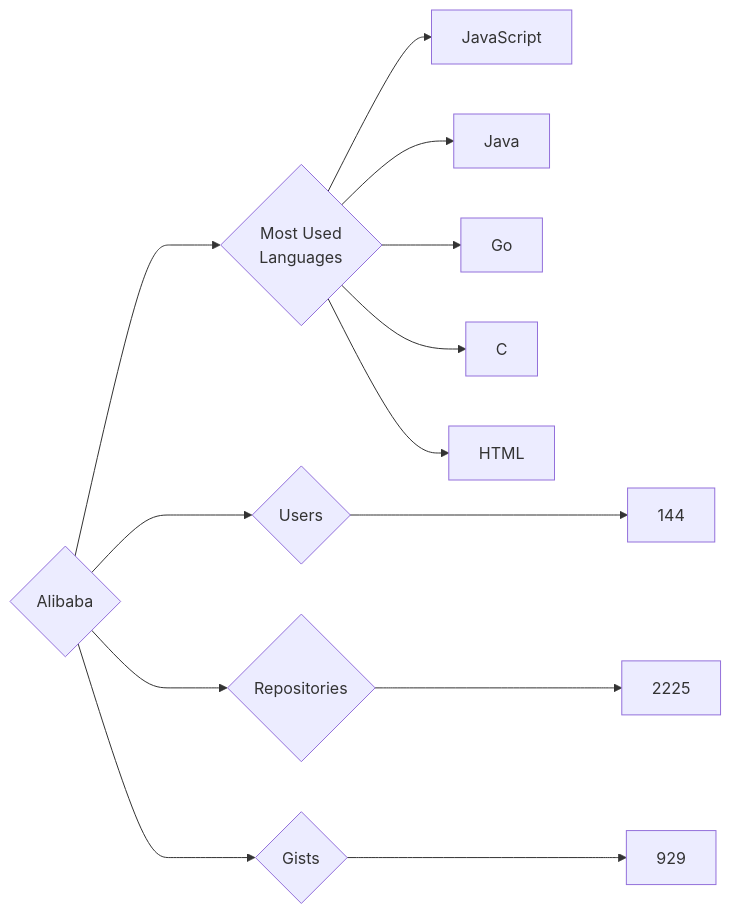
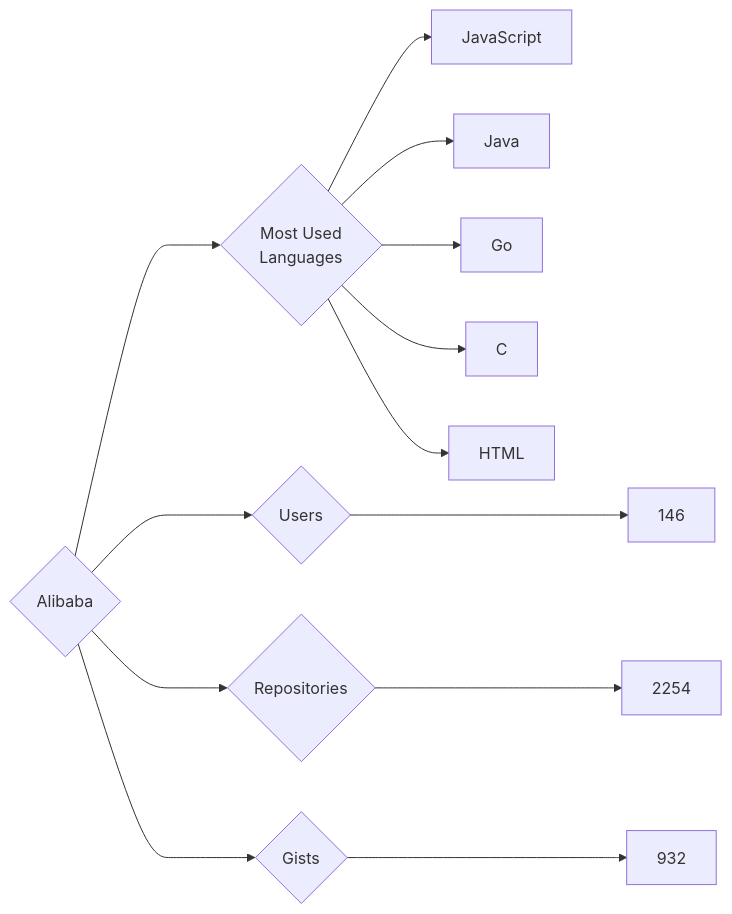
The diagram in targets/Alibaba/README.md (trickest/insiders), drawn with Mermaid before and after one commit. The commit also changed 736 other files, not shown here.

````diff
--- a/targets/Alibaba/README.md
+++ b/targets/Alibaba/README.md
@@ -3,13 +3,13 @@
 ```mermaid
 graph LR
 COMPANY_NAME{Alibaba}
-COMPANY_NAME ---> U{Users} ---> UN[144]
-COMPANY_NAME ---> R{Repositories} ---> RN[2225]
-COMPANY_NAME ---> G{Gists} ---> GN[929]
+COMPANY_NAME ---> U{Users} ---> UN[146]
+COMPANY_NAME ---> R{Repositories} ---> RN[2254]
+COMPANY_NAME ---> G{Gists} ---> GN[932]
 COMPANY_NAME ---> ML{Most Used<br>Languages}
 ML --> JavaScript[JavaScript]
 ML --> Java[Java]
 ML --> Go[Go]
 ML --> C[C]
 ML --> HTML[HTML]
 ```
````
